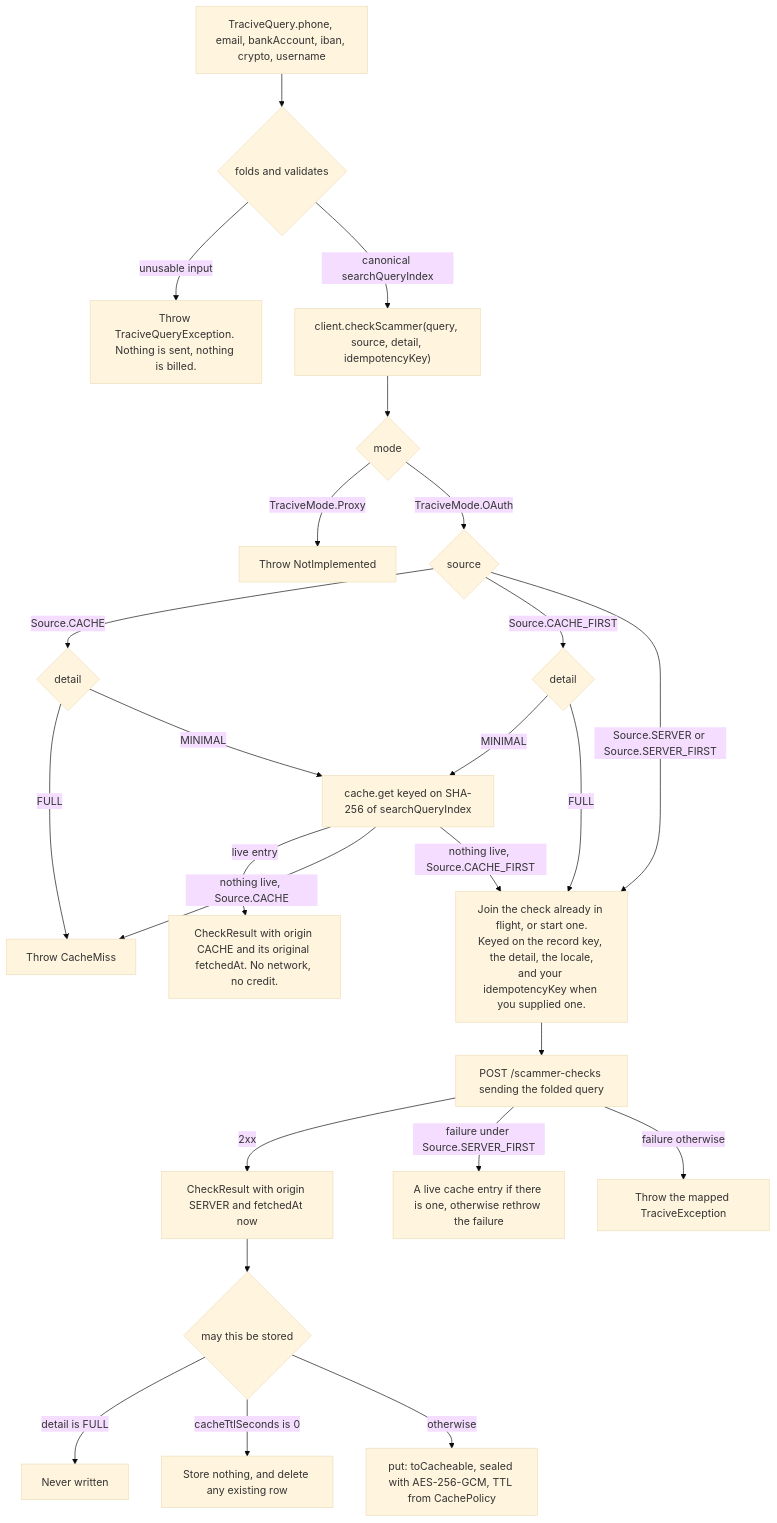
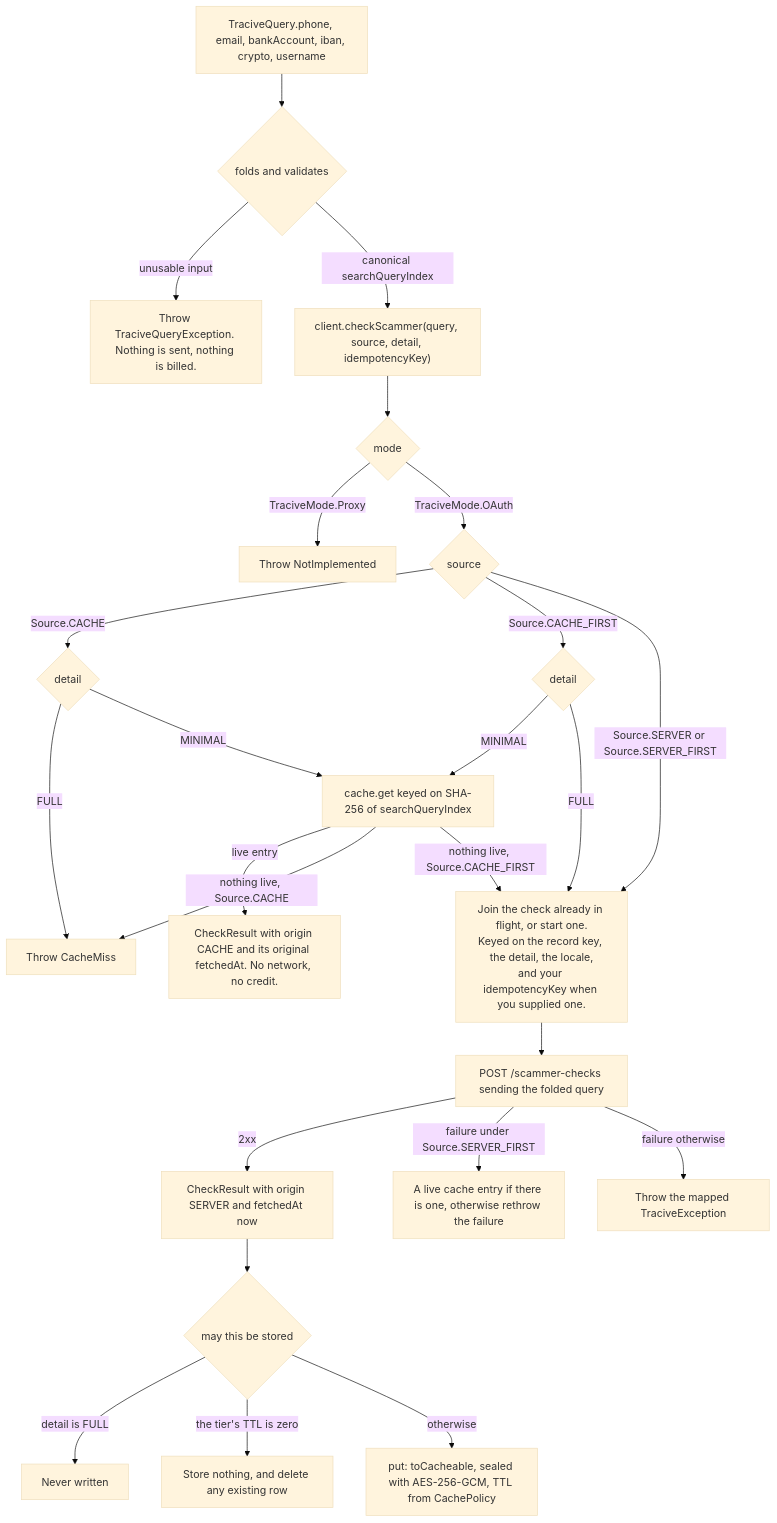
One commit to pleistocent/tracive-sdk-kotlin changed the fourth of 5 diagrams in docs/architecture.md. Above: the diagram before and after it, drawn with Mermaid (base theme). The commit also changed other lines of this file and 17 other files, not shown here.

First line of the commit message:
refactor(cache): drop the server TTL override — the tier ladder is the only policy

````diff
--- a/docs/architecture.md
+++ b/docs/architecture.md
@@ -226,27 +226,27 @@
 ```mermaid
 flowchart TD
     Build["TraciveQuery.phone, email, bankAccount, iban, crypto, username"] --> Valid{"folds and validates"}
     Valid -->|"unusable input"| Reject["Throw TraciveQueryException. Nothing is sent, nothing is billed."]
     Valid -->|"canonical searchQueryIndex"| Call["client.checkScammer(query, source, detail, idempotencyKey)"]
     Call --> Mode{"mode"}
     Mode -->|"TraciveMode.Proxy"| NotImpl["Throw NotImplemented"]
     Mode -->|"TraciveMode.OAuth"| Route{"source"}
     Route -->|"Source.CACHE"| OnlyDetail{"detail"}
     OnlyDetail -->|"FULL"| CacheMiss["Throw CacheMiss"]
     OnlyDetail -->|"MINIMAL"| Read["cache.get keyed on SHA-256 of searchQueryIndex"]
     Route -->|"Source.CACHE_FIRST"| FirstDetail{"detail"}
     FirstDetail -->|"MINIMAL"| Read
     FirstDetail -->|"FULL"| Latch["Join the check already in flight, or start one.<br/>Keyed on the record key, the detail, the locale,<br/>and your idempotencyKey when you supplied one."]
     Route -->|"Source.SERVER or Source.SERVER_FIRST"| Latch
     Latch --> Net["POST /scammer-checks sending the folded query"]
     Read -->|"live entry"| Hit["CheckResult with origin CACHE and its original fetchedAt. No network, no credit."]
     Read -->|"nothing live, Source.CACHE"| CacheMiss
     Read -->|"nothing live, Source.CACHE_FIRST"| Latch
     Net -->|"2xx"| Fresh["CheckResult with origin SERVER and fetchedAt now"]
     Net -->|"failure under Source.SERVER_FIRST"| Fallback["A live cache entry if there is one, otherwise rethrow the failure"]
     Net -->|"failure otherwise"| Fail["Throw the mapped TraciveException"]
     Fresh --> Store{"may this be stored"}
     Store -->|"detail is FULL"| NoStore["Never written"]
-    Store -->|"cacheTtlSeconds is 0"| Retract["Store nothing, and delete any existing row"]
+    Store -->|"the tier's TTL is zero"| Retract["Store nothing, and delete any existing row"]
     Store -->|"otherwise"| Put["put: toCacheable, sealed with AES-256-GCM, TTL from CachePolicy"]
 ```
````
